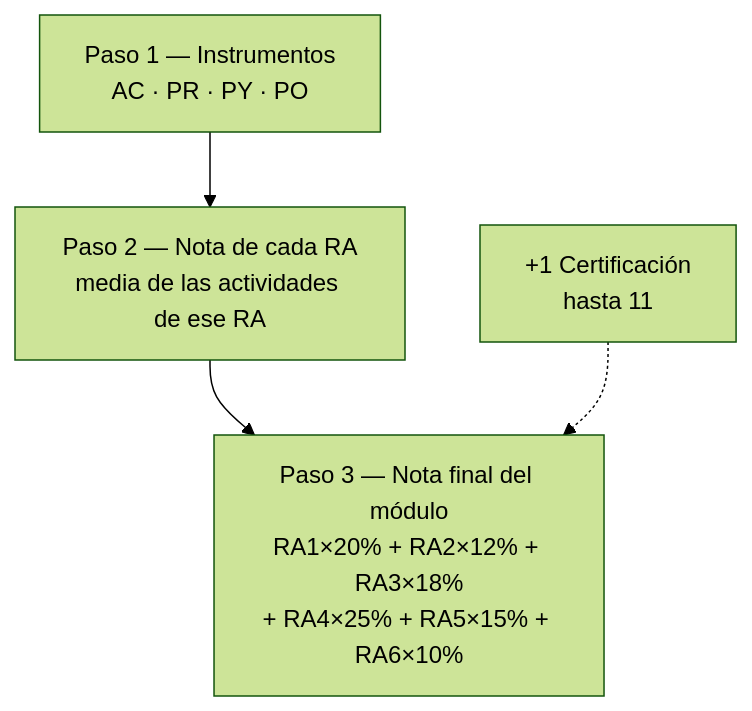
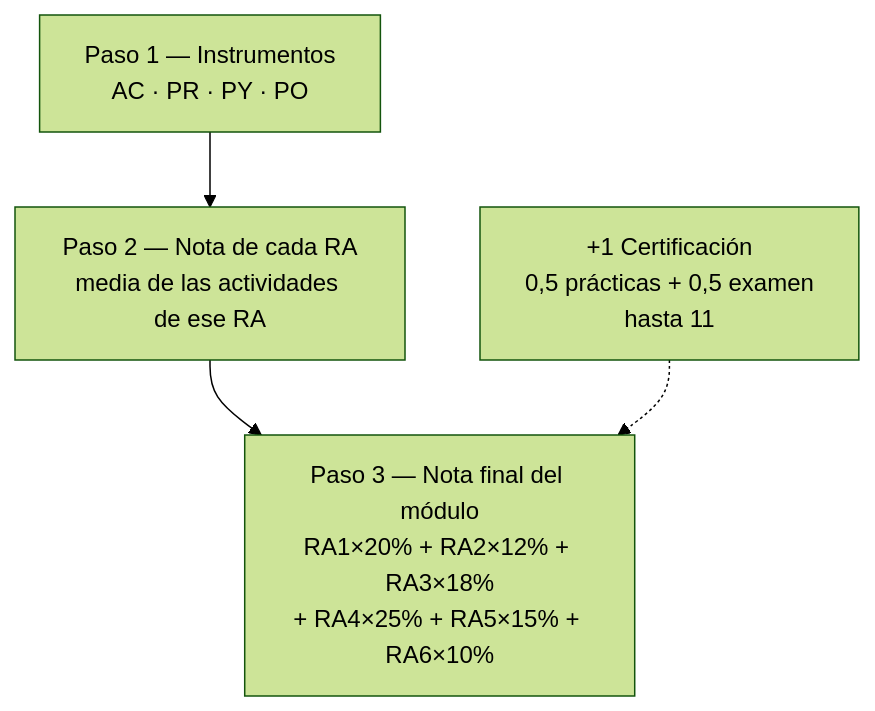
Before and after one commit to fjavier-hernandez/ral: the second of 3 diagrams in docs/index.md, drawn with Mermaid (forest theme). The commit also changed other lines of this file and 5 other files, not shown here.

````diff
--- a/docs/index.md
+++ b/docs/index.md
@@ -111,9 +111,9 @@
 ``` mermaid
 flowchart TB
   A["Paso 1 — Instrumentos\nAC · PR · PY · PO"]
   B["Paso 2 — Nota de cada RA\nmedia de las actividades de ese RA"]
   C["Paso 3 — Nota final del módulo\nRA1×20% + RA2×12% + RA3×18%\n+ RA4×25% + RA5×15% + RA6×10%"]
-  D["+1 Certificación\nhasta 11"]
+  D["+1 Certificación\n0,5 prácticas + 0,5 examen\nhasta 11"]
   A --> B --> C
   D -.-> C
 ```
````
